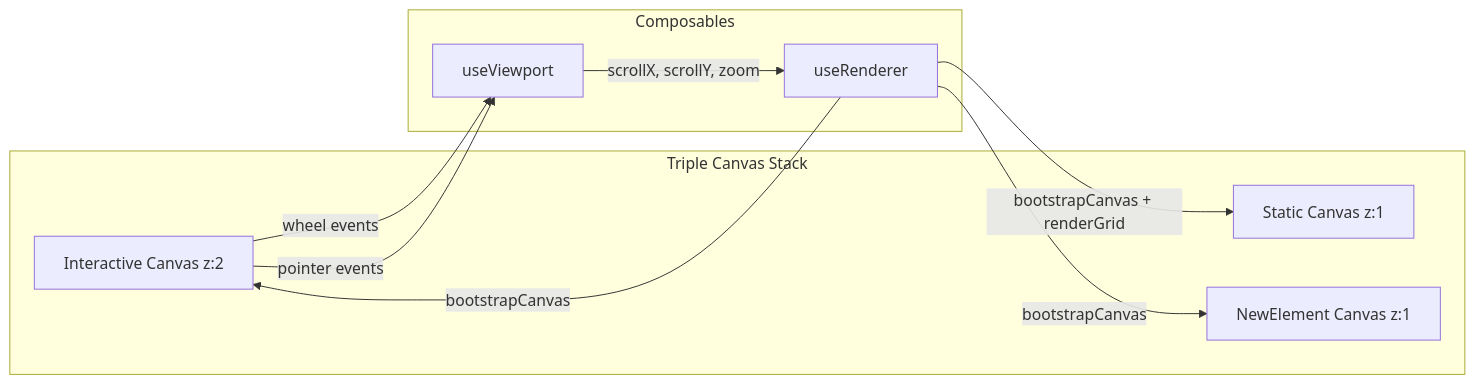
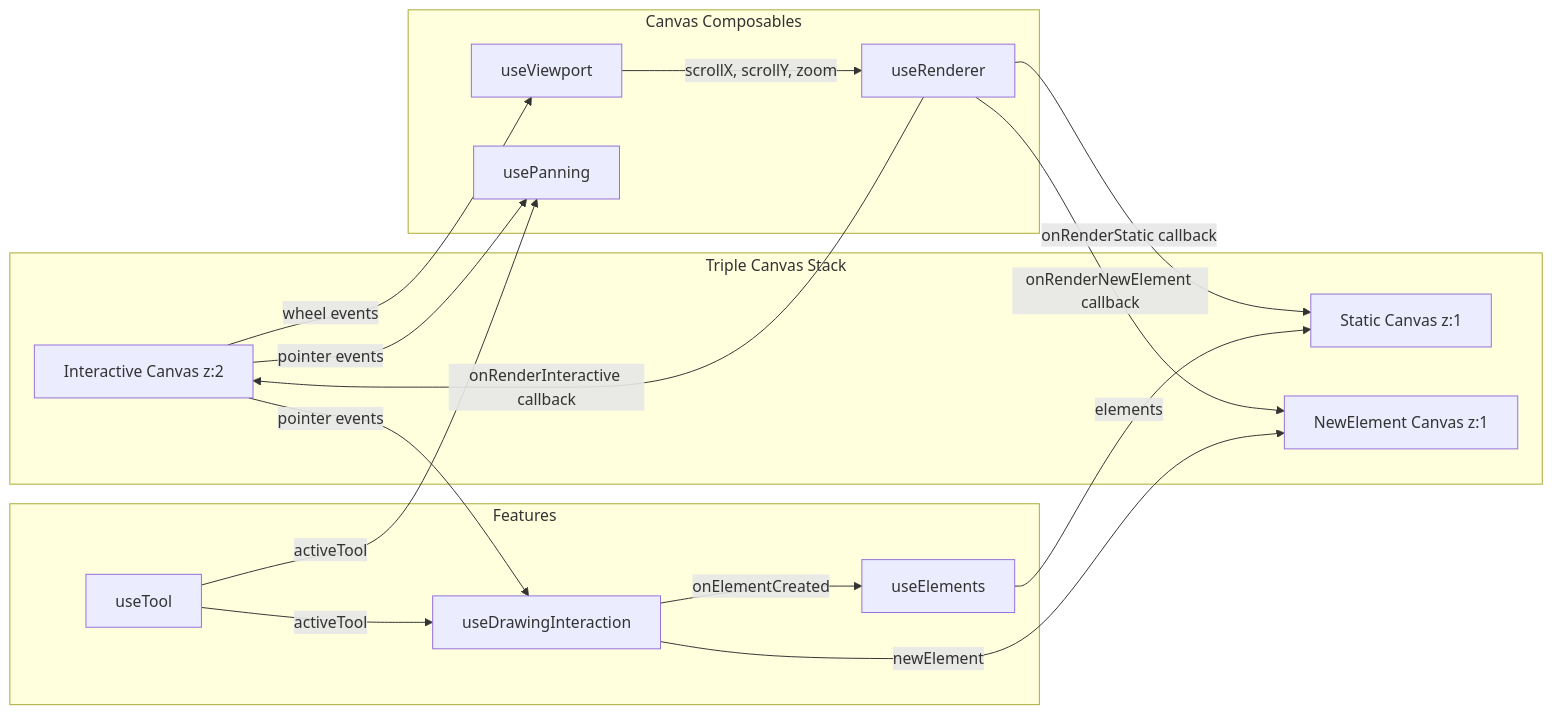
One commit to alexanderop/excalidrawNuxt changed the second of 7 diagrams in docs/SYSTEM_KNOWLEDGE_MAP.md. Above: the diagram before and after it, drawn with Mermaid. The commit also changed other lines of this file and 41 other files, not shown here.

First line of the commit message:
feat(canvas): add shape drawing with elements, rendering, and tools (Phase 2)

````diff
--- a/docs/SYSTEM_KNOWLEDGE_MAP.md
+++ b/docs/SYSTEM_KNOWLEDGE_MAP.md
@@ -29,20 +47,33 @@
 ```mermaid
 flowchart LR
     subgraph "Triple Canvas Stack"
         SC[Static Canvas z:1]
         NC[NewElement Canvas z:1]
         IC[Interactive Canvas z:2]
     end
 
-    subgraph "Composables"
+    subgraph "Canvas Composables"
         VP[useViewport]
         RD[useRenderer]
+        PN[usePanning]
+    end
+
+    subgraph "Features"
+        EL[useElements]
+        TL[useTool]
+        DI[useDrawingInteraction]
     end
 
     VP -->|scrollX, scrollY, zoom| RD
-    RD -->|bootstrapCanvas + renderGrid| SC
-    RD -->|bootstrapCanvas| NC
-    RD -->|bootstrapCanvas| IC
+    RD -->|onRenderStatic callback| SC
+    RD -->|onRenderNewElement callback| NC
+    RD -->|onRenderInteractive callback| IC
     IC -->|wheel events| VP
-    IC -->|pointer events| VP
+    IC -->|pointer events| PN
+    IC -->|pointer events| DI
+    TL -->|activeTool| PN
+    TL -->|activeTool| DI
+    DI -->|newElement| NC
+    DI -->|onElementCreated| EL
+    EL -->|elements| SC
 ```
````
